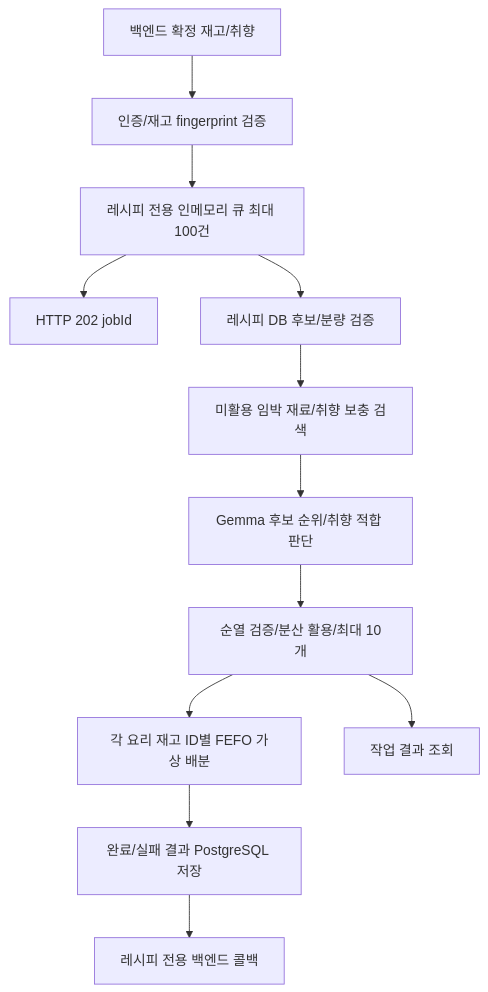
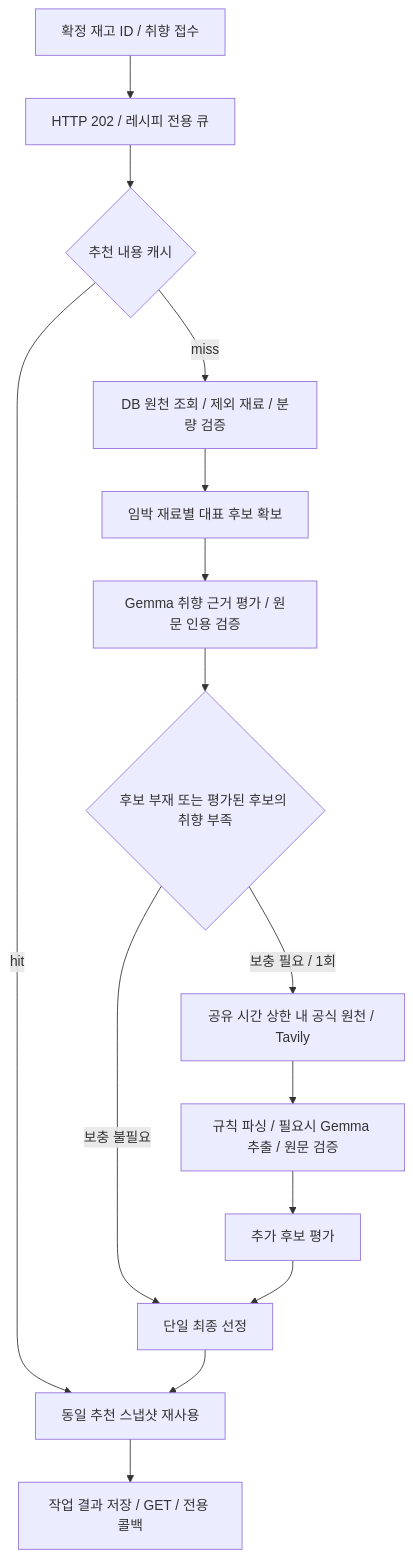
One commit to 100-hours-a-week/KTB4-5th-AI changed the diagram in fastapi/docs/recipe_ai_recommendations.md. Above: the diagram before and after it, drawn with Mermaid. The commit also changed other lines of this file and 17 other files, not shown here.

````diff
--- a/fastapi/docs/recipe_ai_recommendations.md
+++ b/fastapi/docs/recipe_ai_recommendations.md
@@ -76,14 +7,17 @@
 ```mermaid
 flowchart TD
-    BE[백엔드 확정 재고/취향] --> AUTH[인증/재고 fingerprint 검증]
-    AUTH --> Q[레시피 전용 인메모리 큐 최대 100건]
-    Q --> ACCEPT[HTTP 202 jobId]
-    Q --> DB[레시피 DB 후보/분량 검증]
-    DB --> SEARCH[미활용 임박 재료/취향 보충 검색]
-    SEARCH --> AI[Gemma 후보 순위/취향 적합 판단]
-    AI --> VERIFY[순열 검증/분산 활용/최대 10개]
-    VERIFY --> MAP[각 요리 재고 ID별 FEFO 가상 배분]
-    MAP --> HISTORY[완료/실패 결과 PostgreSQL 저장]
-    HISTORY --> CALLBACK[레시피 전용 백엔드 콜백]
-    VERIFY --> GET[작업 결과 조회]
+    POST[확정 재고 ID / 취향 접수] --> JOB[HTTP 202 / 레시피 전용 큐]
+    JOB --> CACHE{추천 내용 캐시}
+    CACHE -->|miss| DB[DB 원천 조회 / 제외 재료 / 분량 검증]
+    DB --> POOL[임박 재료별 대표 후보 확보]
+    POOL --> EVAL[Gemma 취향 근거 평가 / 원문 인용 검증]
+    EVAL --> NEED{후보 부재 또는 평가된 후보의 취향 부족}
+    NEED -->|보충 필요 / 1회| SUPPLY[공유 시간 상한 내 공식 원천 / Tavily]
+    SUPPLY --> PARSE[규칙 파싱 / 필요시 Gemma 추출 / 원문 검증]
+    PARSE --> EVAL2[추가 후보 평가]
+    NEED -->|보충 불필요| SELECT[단일 최종 선정]
+    EVAL2 --> SELECT
+    CACHE -->|hit| RESULT[동일 추천 스냅샷 재사용]
+    SELECT --> RESULT
+    RESULT --> SAVE[작업 결과 저장 / GET / 전용 콜백]
 ```
````
